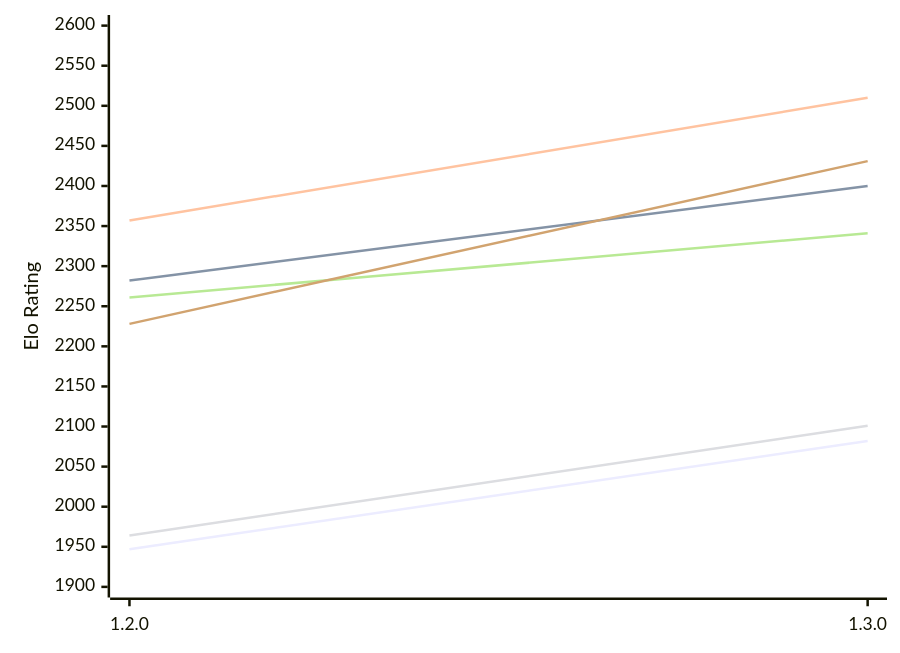
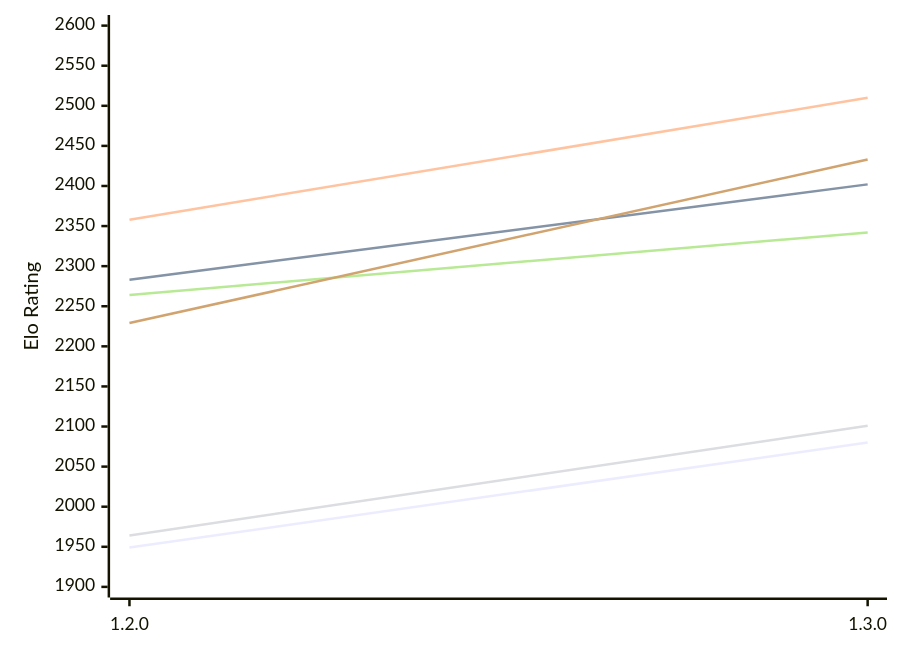
The first of 2 diagrams in engines/Anodos.md (computer-chess-index/cci), drawn with Mermaid before and after one commit. The commit also changed other lines of this file, not shown here.

Commit message:
Update CCI Ratings (ELO VLTC) - 2026-11-19

````diff
--- a/engines/Anodos.md
+++ b/engines/Anodos.md
@@ -52,12 +52,12 @@
 ```mermaid
 %%{init: {"theme":"base","themeVariables":{"seriesColors:['#a3a3a3','#222221','#faa371']}}}%%
 xychart-beta
   x-axis ["1.2.0", "1.3.0"]
   y-axis "Elo Rating" 1900 --> 2600
-  line "E1: STC (8.0+0.08s)" [1947, 2082]
-  line "E1: LTC (60.0+0.60s)" [2282, 2400]
-  line "E1: VLTC (2m24s+1.12s)" [2357, 2510]
+  line "E1: STC (8.0+0.08s)" [1949, 2080]
+  line "E1: LTC (60.0+0.60s)" [2283, 2402]
+  line "E1: VLTC (2m24s+1.12s)" [2358, 2510]
   line "P1: STC (8.0+0.08s)" [1964, 2101]
-  line "P1: LTC (60.0+0.60s)" [2261, 2341]
-  line "P1: VLTC (2m24s+1.12s)" [2228, 2431]
+  line "P1: LTC (60.0+0.60s)" [2264, 2342]
+  line "P1: VLTC (2m24s+1.12s)" [2229, 2433]
 ```
````
